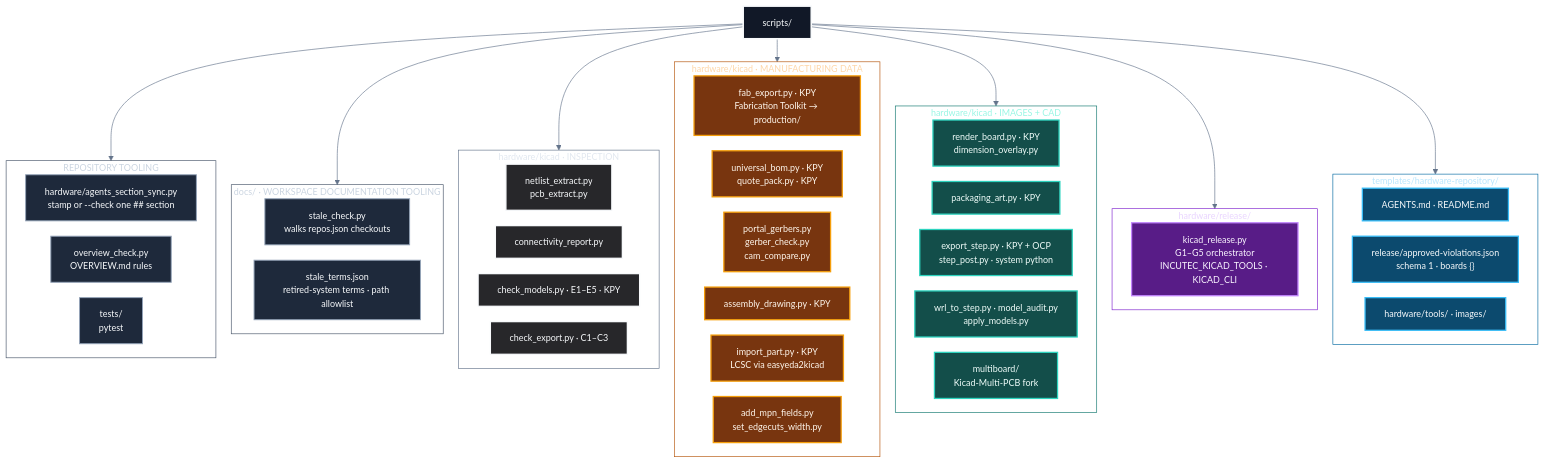
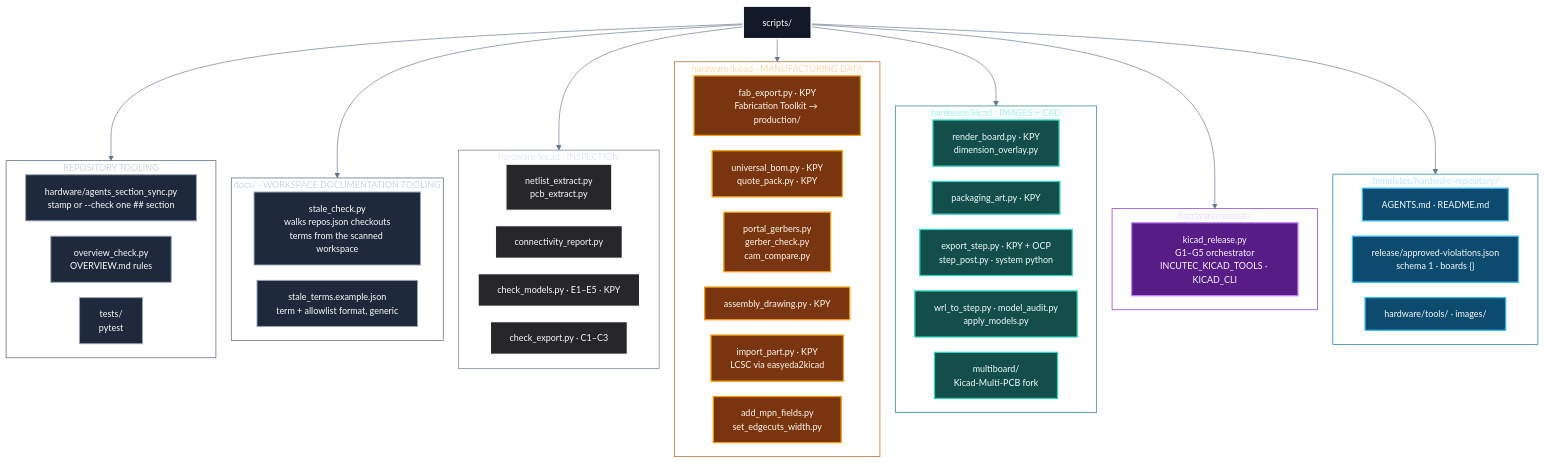
One commit to incutec-org/hardware-tooling changed the second of 7 diagrams in OVERVIEW.md. Above: the diagram before and after it, drawn with Mermaid. The commit also changed other lines of this file and 6 other files, not shown here.

```diff
--- a/OVERVIEW.md
+++ b/OVERVIEW.md
@@ -59,8 +59,8 @@
 
     subgraph DOCS["docs/ · WORKSPACE DOCUMENTATION TOOLING"]
         direction LR
-        D1["stale_check.py<br/>walks repos.json checkouts"]
-        D2["stale_terms.json<br/>retired-system terms · path allowlist"]
+        D1["stale_check.py<br/>walks repos.json checkouts<br/>terms from the scanned workspace"]
+        D2["stale_terms.example.json<br/>term + allowlist format, generic"]
     end
 
     subgraph INSPECT["hardware/kicad · INSPECTION"]
```
